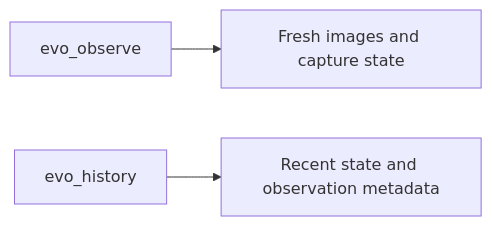
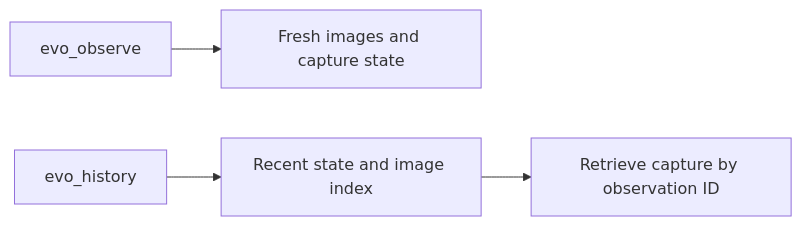
The diagram in agent_skills/perception/rgb-only-evo-v3/live-stream/SKILL.md (Kovari-Industries/rax), drawn with Mermaid before and after one commit. The commit also changed other lines of this file and 16 other files, not shown here.

````diff
--- a/agent_skills/perception/rgb-only-evo-v3/live-stream/SKILL.md
+++ b/agent_skills/perception/rgb-only-evo-v3/live-stream/SKILL.md
@@ -18,5 +20,6 @@
 ```mermaid
 flowchart LR
     A[evo_observe] --> B[Fresh images and capture state]
-    C[evo_history] --> D[Recent state and observation metadata]
+    C[evo_history] --> D[Recent state and image index]
+    D --> E[Retrieve capture by observation ID]
 ```
````
